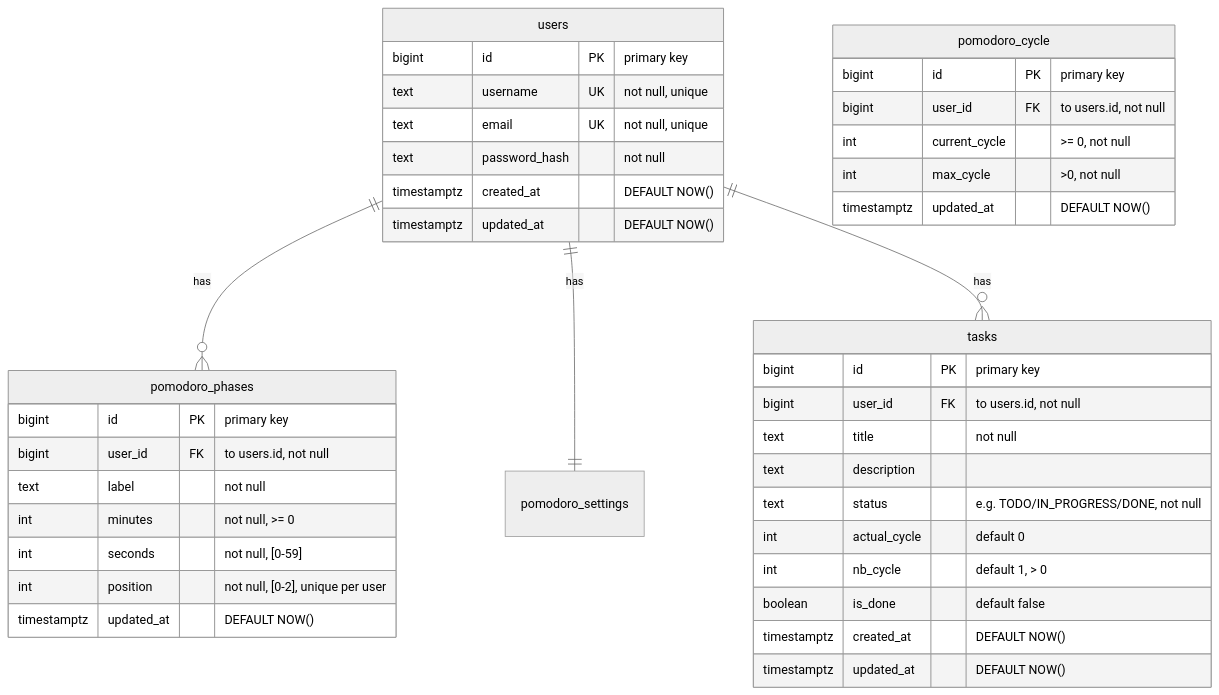
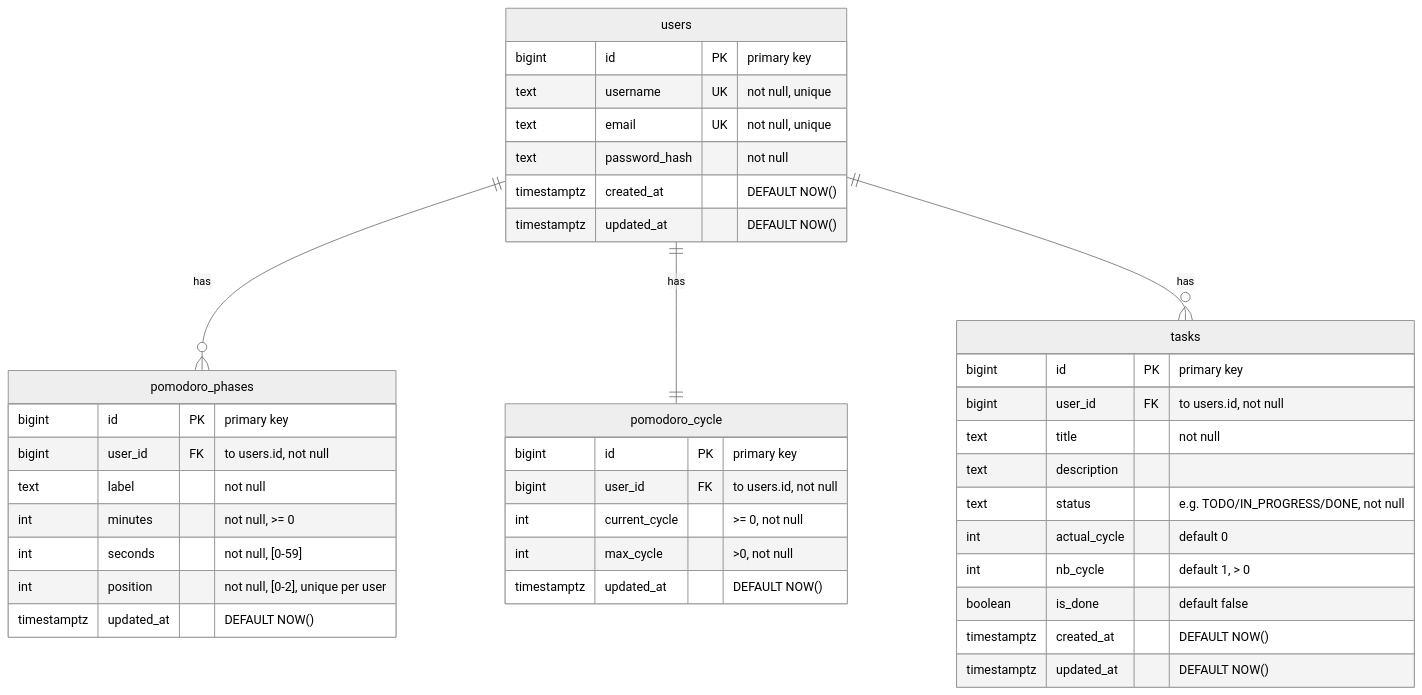
The diagram in README.md (ScrimaliAnthony/PomodoroWeb), drawn with Mermaid (neutral theme) before and after one commit.

Commit message:
[fix] pom-014-erd : Changement du nom de la table pomodoro_cycle dans les liens de table de l'erd

````diff
--- a/README.md
+++ b/README.md
@@ -13,46 +13,46 @@
 ```mermaid
 erDiagram
     users {
         bigint id PK "primary key"
         text username UK "not null, unique"
         text email UK "not null, unique"
         text password_hash "not null"
         timestamptz created_at "DEFAULT NOW()"
         timestamptz updated_at "DEFAULT NOW()"
     }
 
     pomodoro_phases {
         bigint id PK "primary key"
         bigint user_id FK "to users.id, not null"
         text label "not null"
         int minutes "not null, >= 0"
         int seconds "not null, [0-59]"
         int position "not null, [0-2], unique per user"
         timestamptz updated_at "DEFAULT NOW()"
     }
 
     pomodoro_cycle {
         bigint id PK "primary key"
         bigint user_id FK "to users.id, not null"
         int current_cycle ">= 0, not null"
         int max_cycle ">0, not null"
         timestamptz updated_at "DEFAULT NOW()"
     }
 
     tasks {
         bigint id PK "primary key"
         bigint user_id FK "to users.id, not null"
         text title "not null"
         text description
         text status "e.g. TODO/IN_PROGRESS/DONE, not null"
         int actual_cycle "default 0"
         int nb_cycle "default 1, > 0"
         boolean is_done "default false"
         timestamptz created_at "DEFAULT NOW()"
         timestamptz updated_at "DEFAULT NOW()"
     }
 
     users ||--o{ pomodoro_phases : "has"
-    users ||--|| pomodoro_settings : "has"
+    users ||--|| pomodoro_cycle : "has"
     users ||--o{ tasks : "has"
 ```
````
